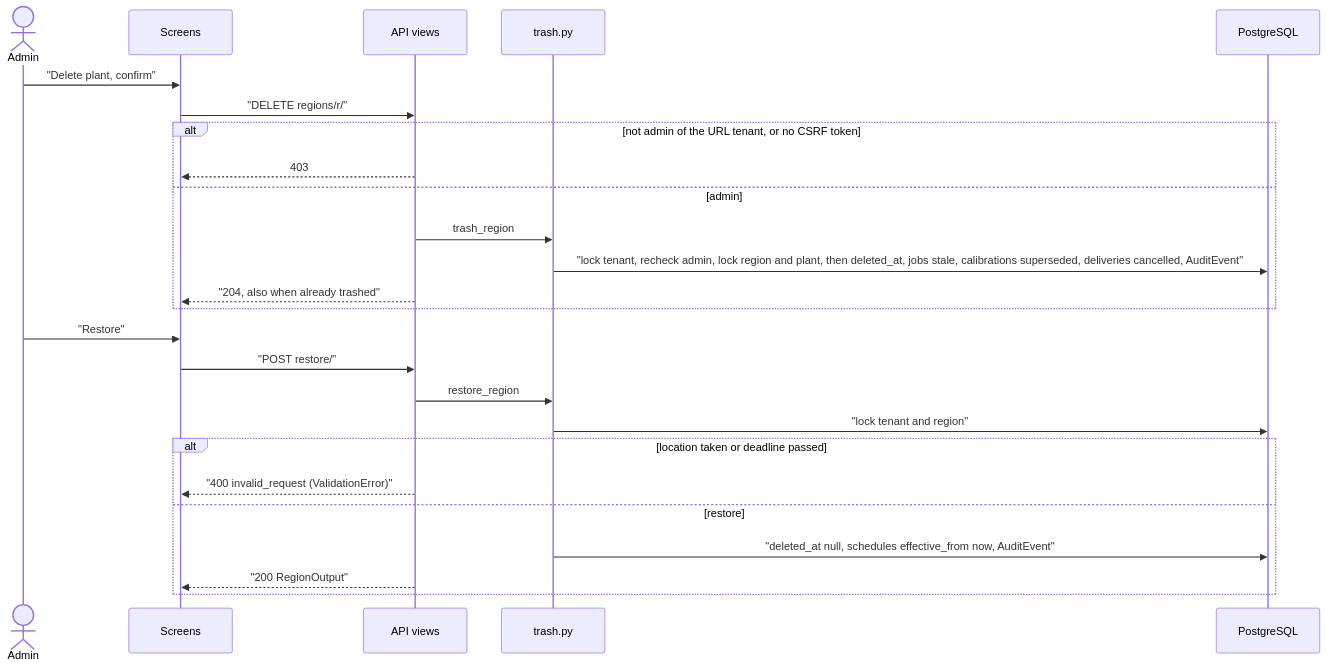
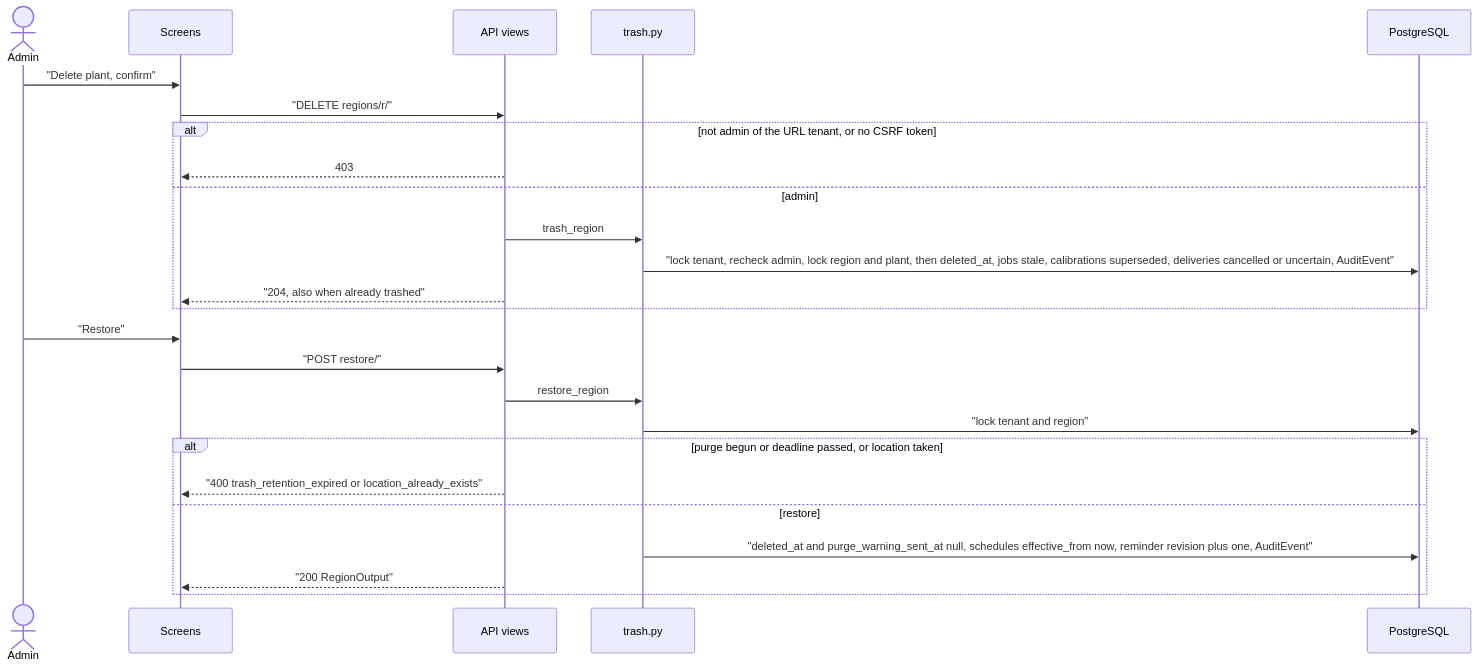
Before and after one commit to erkurtharun/pyracast: the diagram in docs/flows/plant-trash-and-restore.md, drawn with Mermaid. The commit also changed other lines of this file and 85 other files, not shown here.

First line of the commit message:
Bring the flow pages in line with the code (#107)

````diff
--- a/docs/flows/plant-trash-and-restore.md
+++ b/docs/flows/plant-trash-and-restore.md
@@ -14,27 +14,27 @@
 ```mermaid
 sequenceDiagram
     actor U as Admin
     participant S as Screens
     participant V as API views
     participant T as trash.py
     participant D as PostgreSQL
     U->>S: "Delete plant, confirm"
     S->>V: "DELETE regions/r/"
     alt not admin of the URL tenant, or no CSRF token
         V-->>S: 403
     else admin
         V->>T: trash_region
-        T->>D: "lock tenant, recheck admin, lock region and plant, then deleted_at, jobs stale, calibrations superseded, deliveries cancelled, AuditEvent"
+        T->>D: "lock tenant, recheck admin, lock region and plant, then deleted_at, jobs stale, calibrations superseded, deliveries cancelled or uncertain, AuditEvent"
         V-->>S: "204, also when already trashed"
     end
     U->>S: "Restore"
     S->>V: "POST restore/"
     V->>T: restore_region
     T->>D: "lock tenant and region"
-    alt location taken or deadline passed
-        V-->>S: "400 invalid_request (ValidationError)"
+    alt purge begun or deadline passed, or location taken
+        V-->>S: "400 trash_retention_expired or location_already_exists"
     else restore
-        T->>D: "deleted_at null, schedules effective_from now, AuditEvent"
+        T->>D: "deleted_at and purge_warning_sent_at null, schedules effective_from now, reminder revision plus one, AuditEvent"
         V-->>S: "200 RegionOutput"
     end
 ```
````
